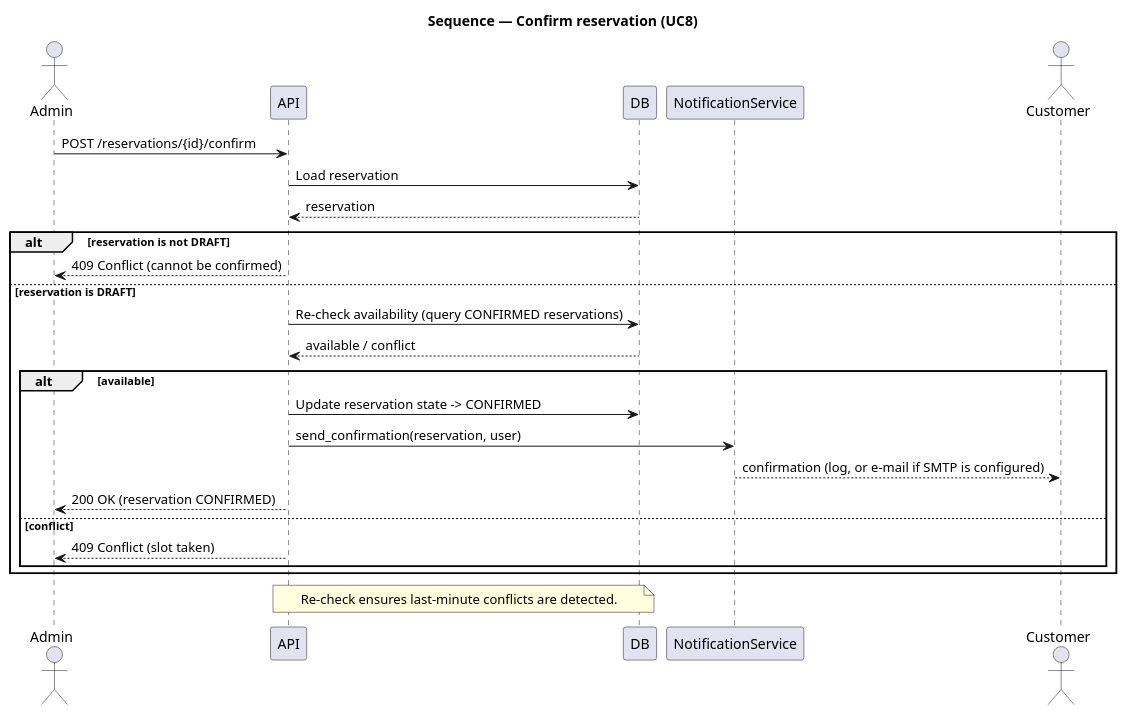
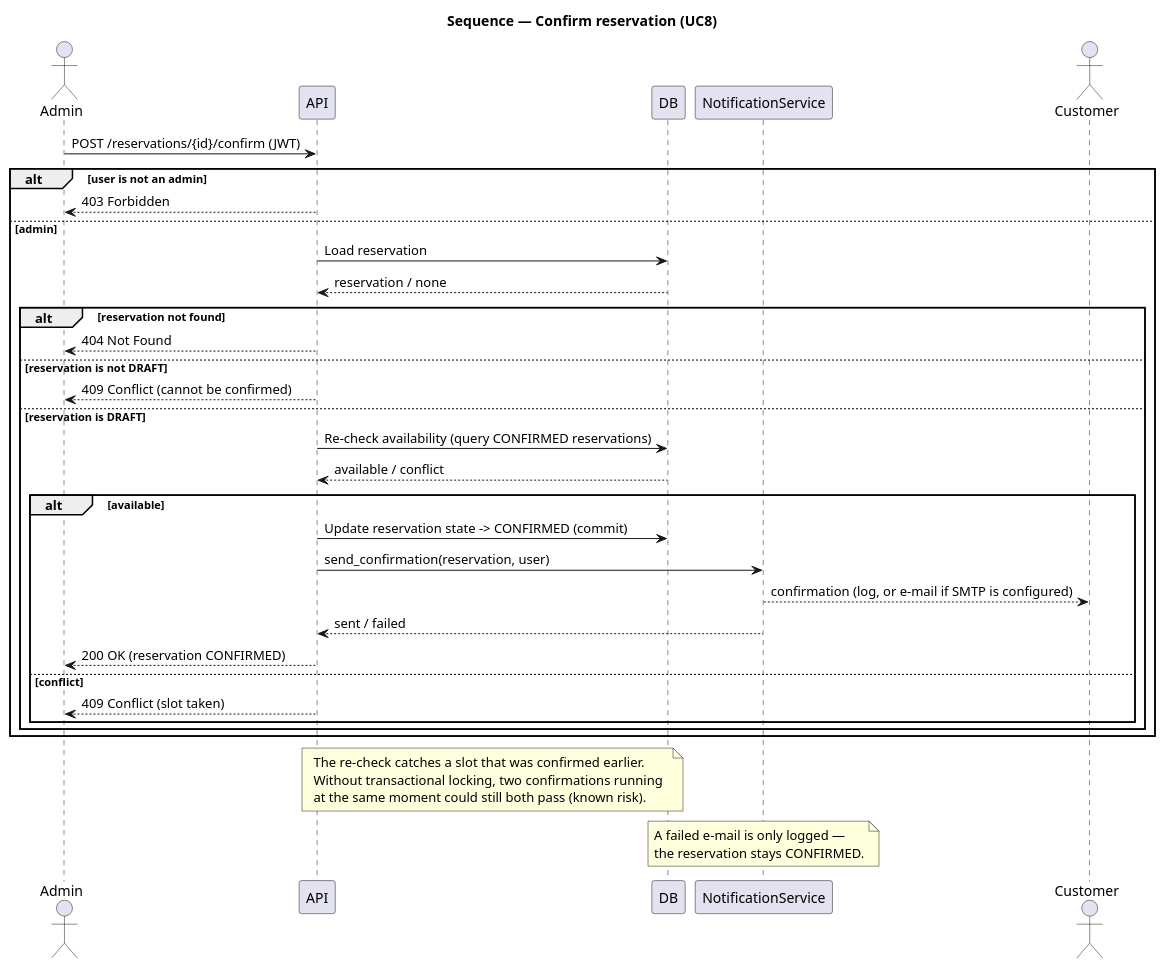
Before and after one commit to DavidMagyarics/CarRentalVSB: the diagram in docs/diagrams/sequence-confirm-reservation.puml, drawn with PlantUML.

Commit message:
fix(docs): align confirm sequence diagram with the backend
- add the 403 (not admin) and 404 (not found) branches
- show that a failed notification does not undo the confirmation
- the availability re-check does not prevent concurrent confirmations (no locking)

```diff
--- a/docs/diagrams/sequence-confirm-reservation.puml
+++ b/docs/diagrams/sequence-confirm-reservation.puml
@@ -1,34 +1,49 @@
 @startuml sequence_confirm_reservation
 title Sequence — Confirm reservation (UC8)
 
 actor Admin
 participant API
 participant DB
 participant NotificationService
 actor Customer
 
-Admin -> API: POST /reservations/{id}/confirm
-API -> DB: Load reservation
-DB --> API: reservation
+Admin -> API: POST /reservations/{id}/confirm (JWT)
 
-alt reservation is not DRAFT
-  API --> Admin: 409 Conflict (cannot be confirmed)
-else reservation is DRAFT
-  API -> DB: Re-check availability (query CONFIRMED reservations)
-  DB --> API: available / conflict
+alt user is not an admin
+  API --> Admin: 403 Forbidden
+else admin
+  API -> DB: Load reservation
+  DB --> API: reservation / none
 
-  alt available
-    API -> DB: Update reservation state -> CONFIRMED
-    API -> NotificationService: send_confirmation(reservation, user)
-    NotificationService --> Customer: confirmation (log, or e-mail if SMTP is configured)
-    API --> Admin: 200 OK (reservation CONFIRMED)
-  else conflict
-    API --> Admin: 409 Conflict (slot taken)
+  alt reservation not found
+    API --> Admin: 404 Not Found
+  else reservation is not DRAFT
+    API --> Admin: 409 Conflict (cannot be confirmed)
+  else reservation is DRAFT
+    API -> DB: Re-check availability (query CONFIRMED reservations)
+    DB --> API: available / conflict
+
+    alt available
+      API -> DB: Update reservation state -> CONFIRMED (commit)
+      API -> NotificationService: send_confirmation(reservation, user)
+      NotificationService --> Customer: confirmation (log, or e-mail if SMTP is configured)
+      NotificationService --> API: sent / failed
+      API --> Admin: 200 OK (reservation CONFIRMED)
+    else conflict
+      API --> Admin: 409 Conflict (slot taken)
+    end
   end
 end
 
 note over API,DB
-  Re-check ensures last-minute conflicts are detected.
+  The re-check catches a slot that was confirmed earlier.
+  Without transactional locking, two confirmations running
+  at the same moment could still both pass (known risk).
+end note
+
+note over NotificationService
+  A failed e-mail is only logged —
+  the reservation stays CONFIRMED.
 end note
 
 @enduml
```
